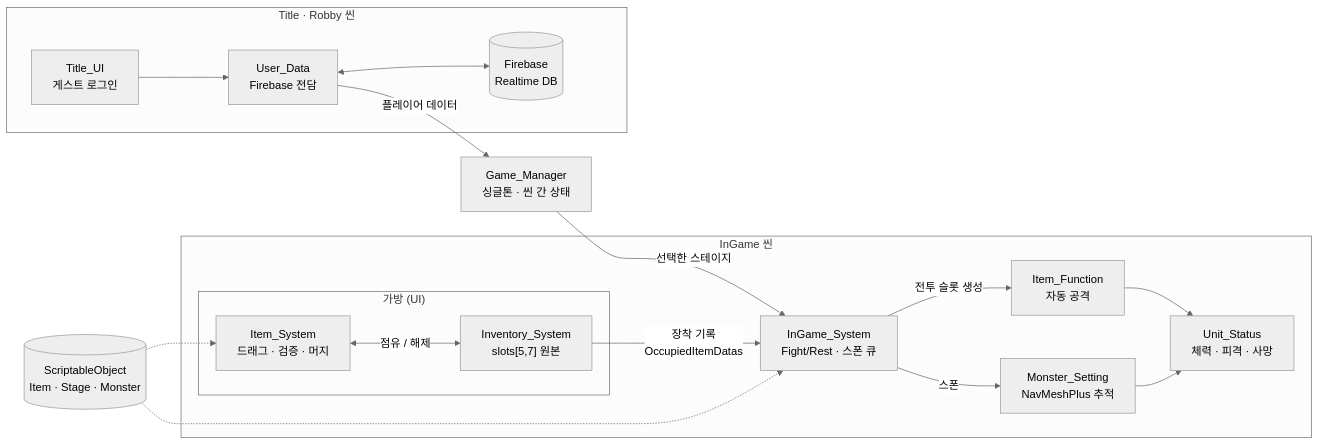
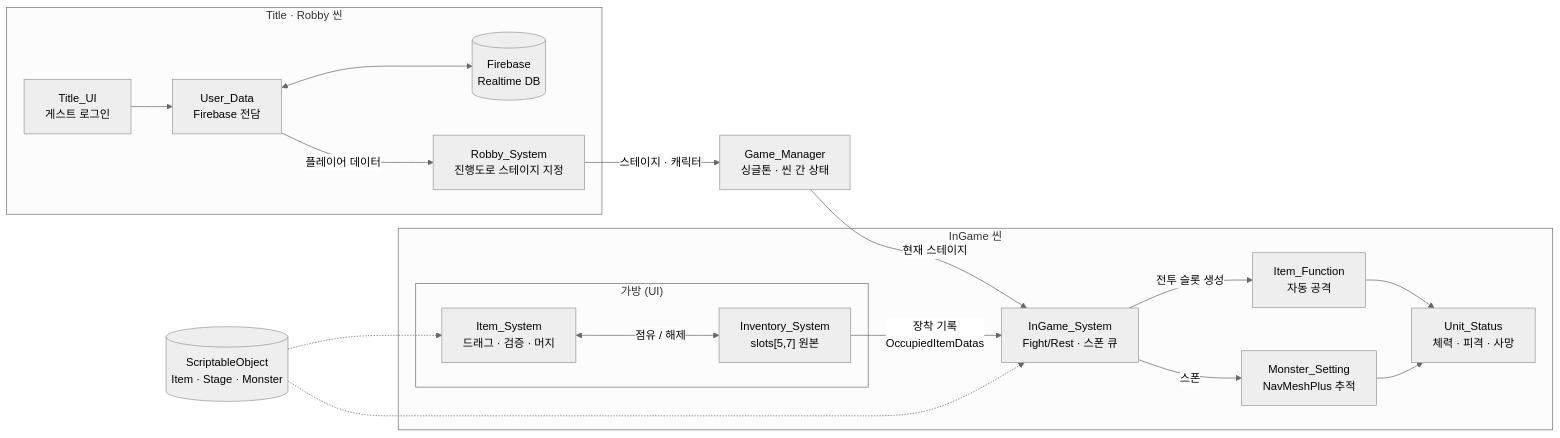
Before and after one commit to NaJungWon/portfolio: the first of 5 diagrams in src/04-inventory-player/기술문서.md, drawn with Mermaid. The commit also changed other lines of this file and 2 other files, not shown here.

First line of the commit message:
인벤토리 플레이어: 질문 답변 · 원본 코드 대조 반영

````diff
--- a/src/04-inventory-player/기술문서.md
+++ b/src/04-inventory-player/기술문서.md
@@ -70,23 +70,24 @@
 ```mermaid
 %%{init: {'theme':'neutral'}}%%
 flowchart LR
     subgraph Title_Robby["Title · Robby 씬"]
         TU["Title_UI<br/>게스트 로그인"] --> UD["User_Data<br/>Firebase 전담"]
         UD <--> DB[("Firebase<br/>Realtime DB")]
+        UD -->|플레이어 데이터| RS["Robby_System<br/>진행도로 스테이지 지정"]
     end
     GM["Game_Manager<br/>싱글톤 · 씬 간 상태"]
-    UD -->|플레이어 데이터| GM
-    GM -->|선택한 스테이지| IGS
+    RS -->|스테이지 · 캐릭터| GM
+    GM -->|현재 스테이지| IGS
     subgraph InGame["InGame 씬"]
         subgraph UI_Layer["가방 (UI)"]
             IT["Item_System<br/>드래그 · 검증 · 머지"] <-->|점유 / 해제| INV["Inventory_System<br/>slots[5,7] 원본"]
         end
         INV -->|장착 기록<br/>OccupiedItemDatas| IGS["InGame_System<br/>Fight/Rest · 스폰 큐"]
         IGS -->|전투 슬롯 생성| FN["Item_Function<br/>자동 공격"]
         IGS -->|스폰| MS["Monster_Setting<br/>NavMeshPlus 추적"]
         FN --> US["Unit_Status<br/>체력 · 피격 · 사망"]
         MS --> US
     end
     SO[("ScriptableObject<br/>Item · Stage · Monster")] -.-> IT
     SO -.-> IGS
 ```
````
